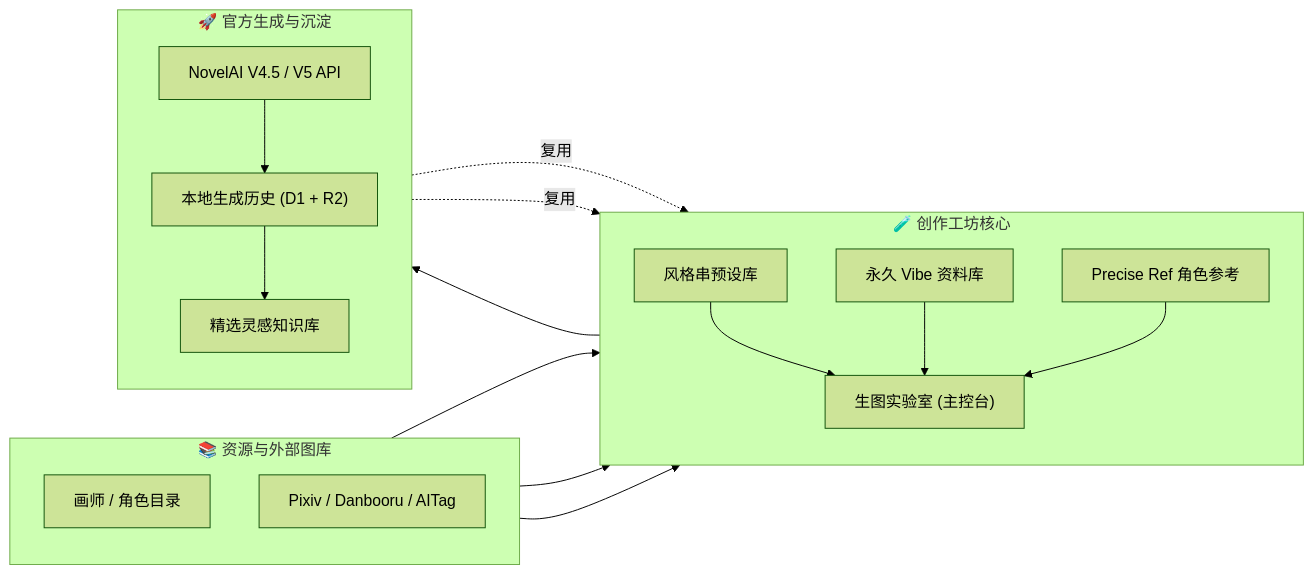
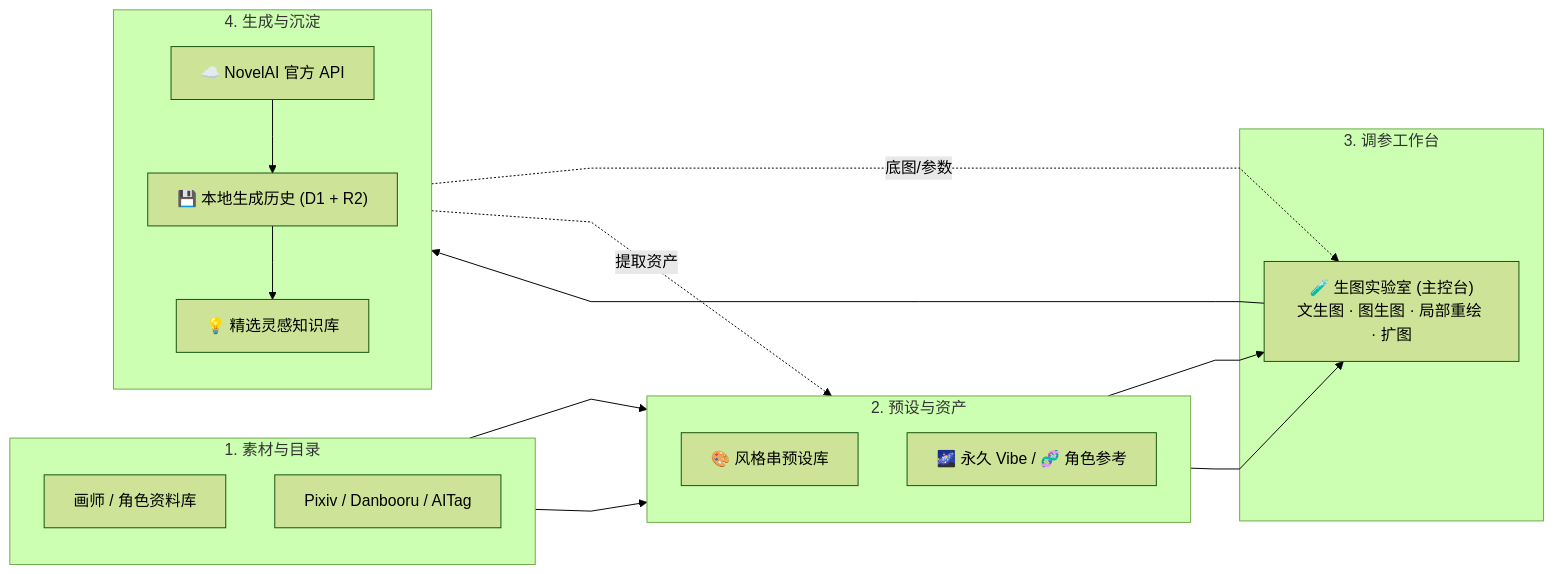
One commit to HelloQun54321/nai-atelier changed the first of 3 diagrams in README.md. Above: the diagram before and after it, drawn with Mermaid (forest theme). The commit also changed other lines of this file and 4 other files, not shown here.

Commit message:
style: refactor architecture diagram to 4-stage straight pipeline

````diff
--- a/README.md
+++ b/README.md
@@ -95,35 +95,36 @@
 ```mermaid
+%%{init: {'flowchart': {'curve': 'linear'}}}%%
 flowchart LR
-    subgraph S1["📚 资源与外部图库"]
+    subgraph S1["1. 素材与目录"]
         direction TB
-        A["画师 / 角色目录"]
+        A["画师 / 角色资料库"]
         B["Pixiv / Danbooru / AITag"]
     end
 
-    subgraph S2["🧪 创作工坊核心"]
+    subgraph S2["2. 预设与资产"]
         direction TB
-        C["风格串预设库"]
-        D["永久 Vibe 资料库"]
-        E["Precise Ref 角色参考"]
-        F["生图实验室 (主控台)"]
+        C["🎨 风格串预设库"]
+        D["🌌 永久 Vibe / 🧬 角色参考"]
     end
 
-    subgraph S3["🚀 官方生成与沉淀"]
+    subgraph S3["3. 调参工作台"]
+        F["🧪 生图实验室 (主控台)\n文生图 · 图生图 · 局部重绘 · 扩图"]
+    end
+
+    subgraph S4["4. 生成与沉淀"]
         direction TB
-        G["NovelAI V4.5 / V5 API"]
-        H["本地生成历史 (D1 + R2)"]
-        I["精选灵感知识库"]
+        G["☁️ NovelAI 官方 API"]
+        H["💾 本地生成历史 (D1 + R2)"]
+        I["💡 精选灵感知识库"]
+        G --> H
+        H --> I
     end
 
     A --> C
-    B --> C
-    B --> F
+    B --> D
     C --> F
     D --> F
-    E --> F
     F --> G
-    G --> H
-    H --> I
-    H -.->|复用| F
-    I -.->|复用| F
+    H -.->|底图/参数| F
+    I -.->|提取资产| S2
 ```
````
